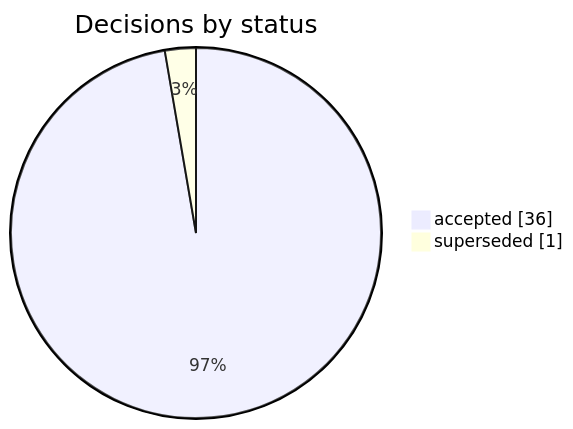
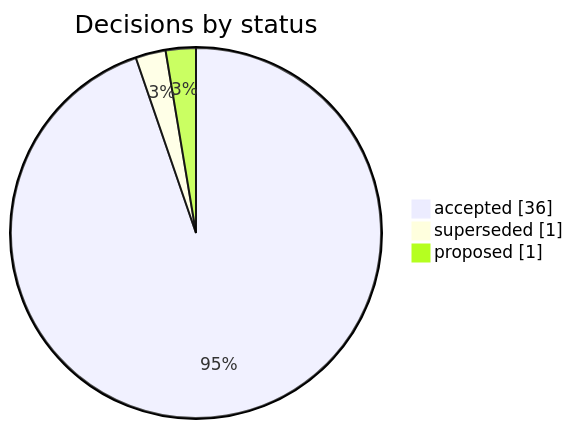
Diagram 11 of 12 in README.md (korczis/OpenTTD), drawn with Mermaid before and after one commit. The commit also changed other lines of this file and 20 other files, not shown here.

````diff
--- a/README.md
+++ b/README.md
@@ -1453,6 +1455,7 @@
 ```mermaid
 pie showData title Decisions by status
-    %% links: README.md?col=Status&filter=accepted#071-architecture-decisions | README.md?col=Status&filter=superseded#071-architecture-decisions
+    %% links: README.md?col=Status&filter=accepted#071-architecture-decisions | README.md?col=Status&filter=superseded#071-architecture-decisions | README.md?col=Status&filter=proposed#071-architecture-decisions
     "accepted" : 36
     "superseded" : 1
+    "proposed" : 1
 ```
````
